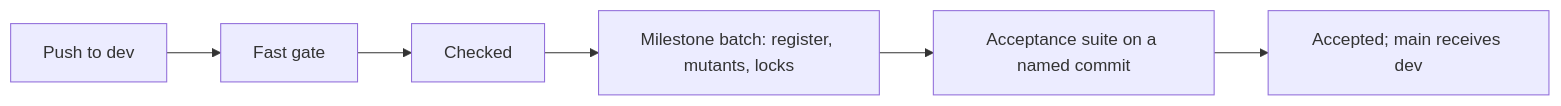
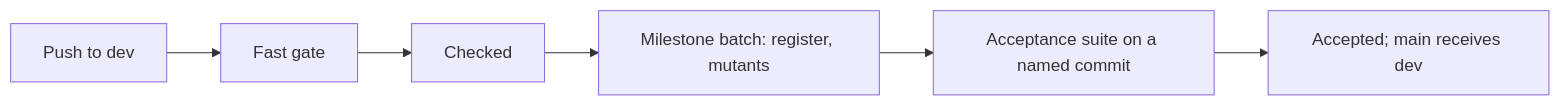
Before and after one commit to cla7aye15I4nd/zlib-f: the diagram in docs/checking/README.md, drawn with Mermaid. The commit also changed other lines of this file and 24 other files, not shown here.

````diff
--- a/docs/checking/README.md
+++ b/docs/checking/README.md
@@ -25,8 +25,8 @@
 ```mermaid
 flowchart LR
     P["Push to dev"] --> G["Fast gate"]
     G --> C["Checked"]
-    C --> M["Milestone batch: register, mutants, locks"]
+    C --> M["Milestone batch: register, mutants"]
     M --> A["Acceptance suite on a named commit"]
     A --> R["Accepted; main receives dev"]
 ```
````
